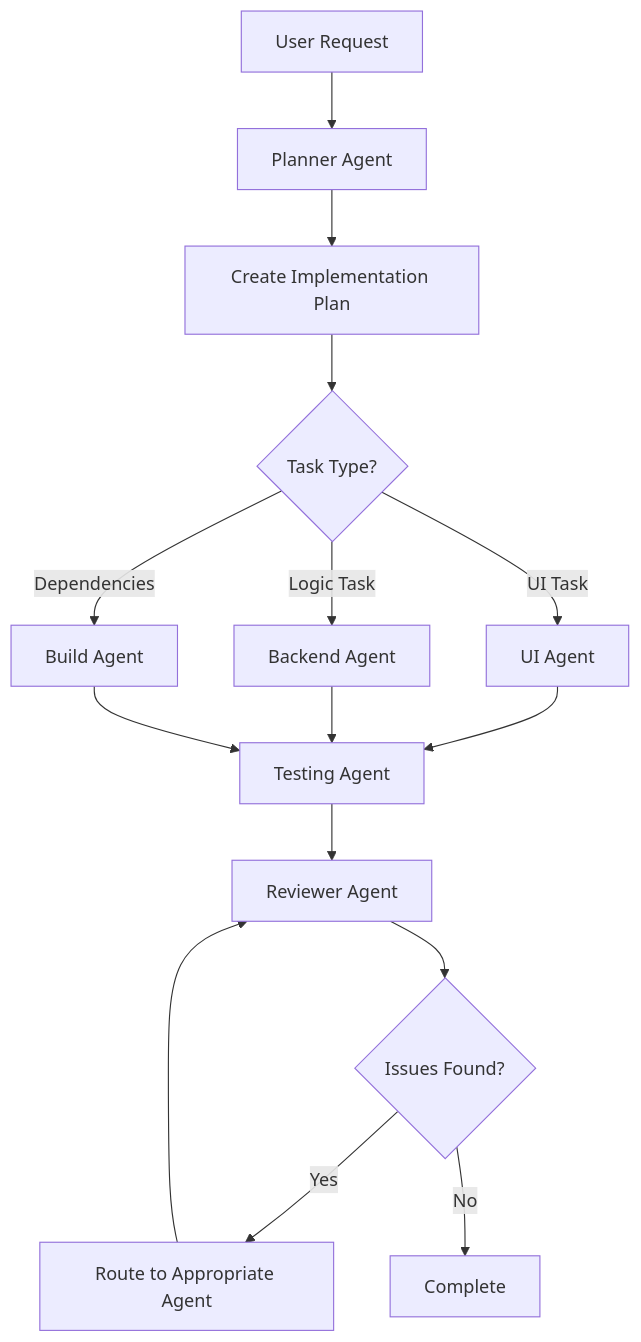
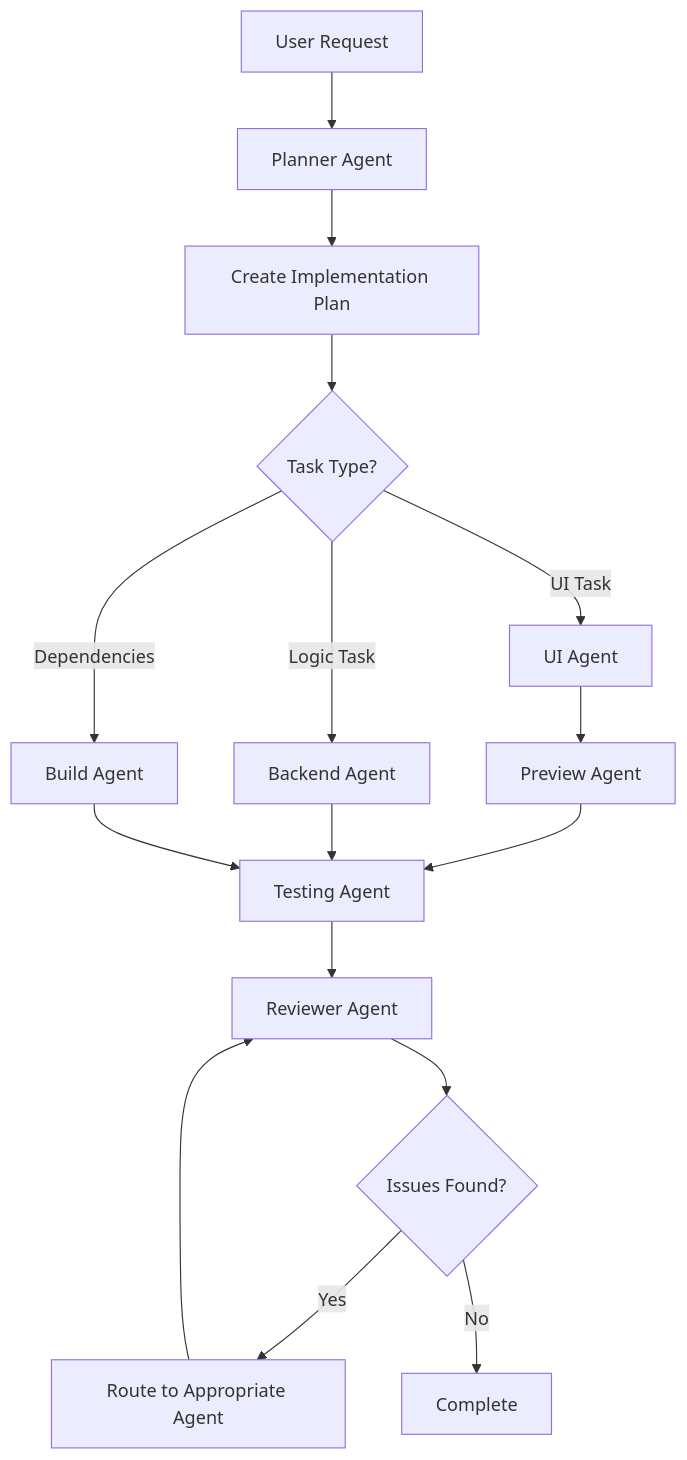
One commit to patlar104/novachat changed the diagram in .github/AGENTS.md. Above: the diagram before and after it, drawn with Mermaid. The commit also changed other lines of this file and 24 other files, not shown here.

Commit message:
chore(preview): add preview agent docs and stabilize previews/tests

````diff
--- a/.github/AGENTS.md
+++ b/.github/AGENTS.md
@@ -247,22 +277,23 @@
 ```mermaid
 graph TD
     A[User Request] --> B[Planner Agent]
     B --> C[Create Implementation Plan]
     C --> D{Task Type?}
     
     D -->|UI Task| E[UI Agent]
     D -->|Logic Task| F[Backend Agent]
     D -->|Dependencies| G[Build Agent]
     
-    E --> H[Testing Agent]
-    F --> H
-    G --> H
+    E --> H[Preview Agent]
+    H --> I[Testing Agent]
+    F --> I
+    G --> I
     
-    H --> I[Reviewer Agent]
-    I --> J{Issues Found?}
+    I --> J[Reviewer Agent]
+    J --> K{Issues Found?}
     
-    J -->|Yes| K[Route to Appropriate Agent]
-    J -->|No| L[Complete]
+    K -->|Yes| L[Route to Appropriate Agent]
+    K -->|No| M[Complete]
     
-    K --> I
+    L --> J
 ```
````
